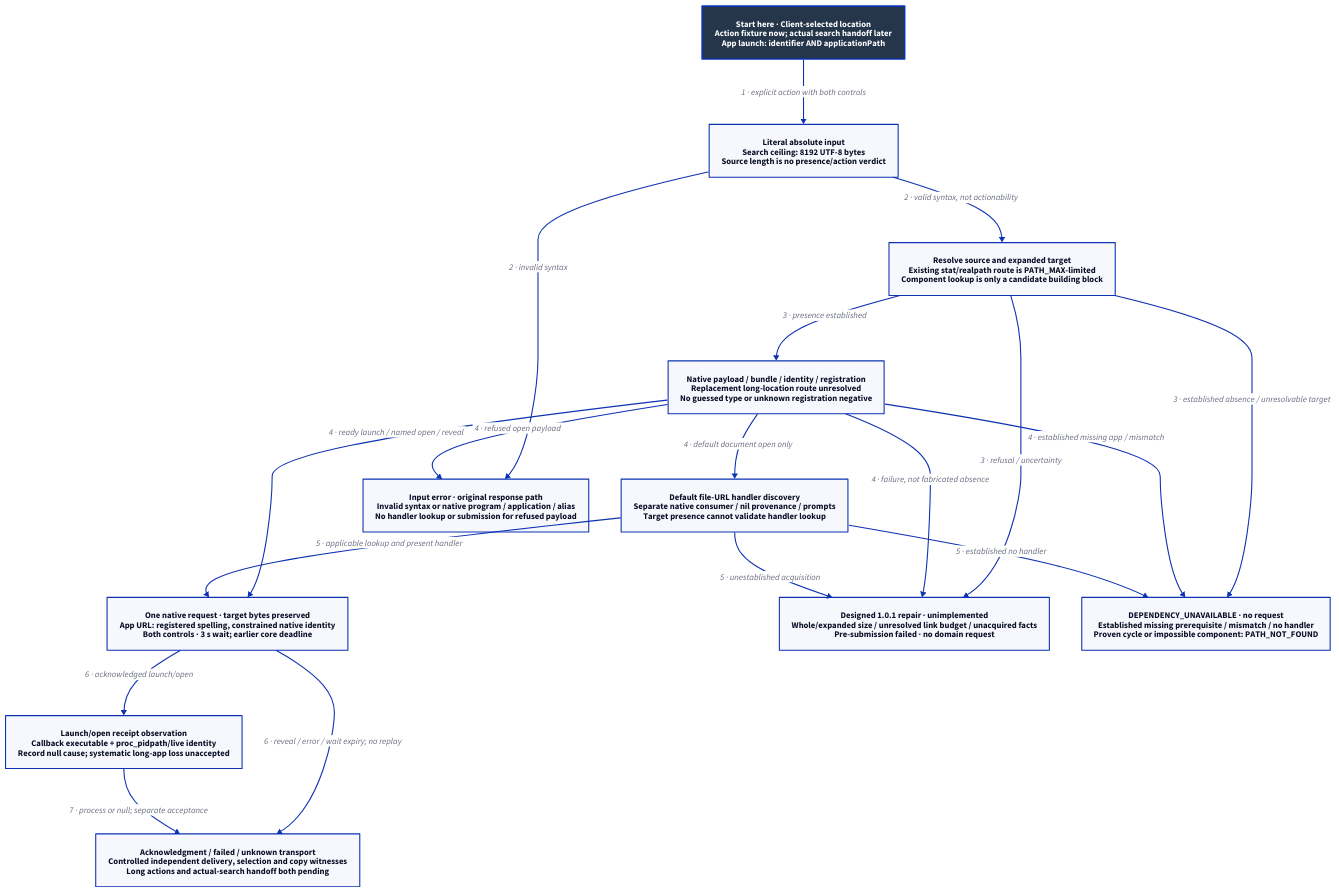
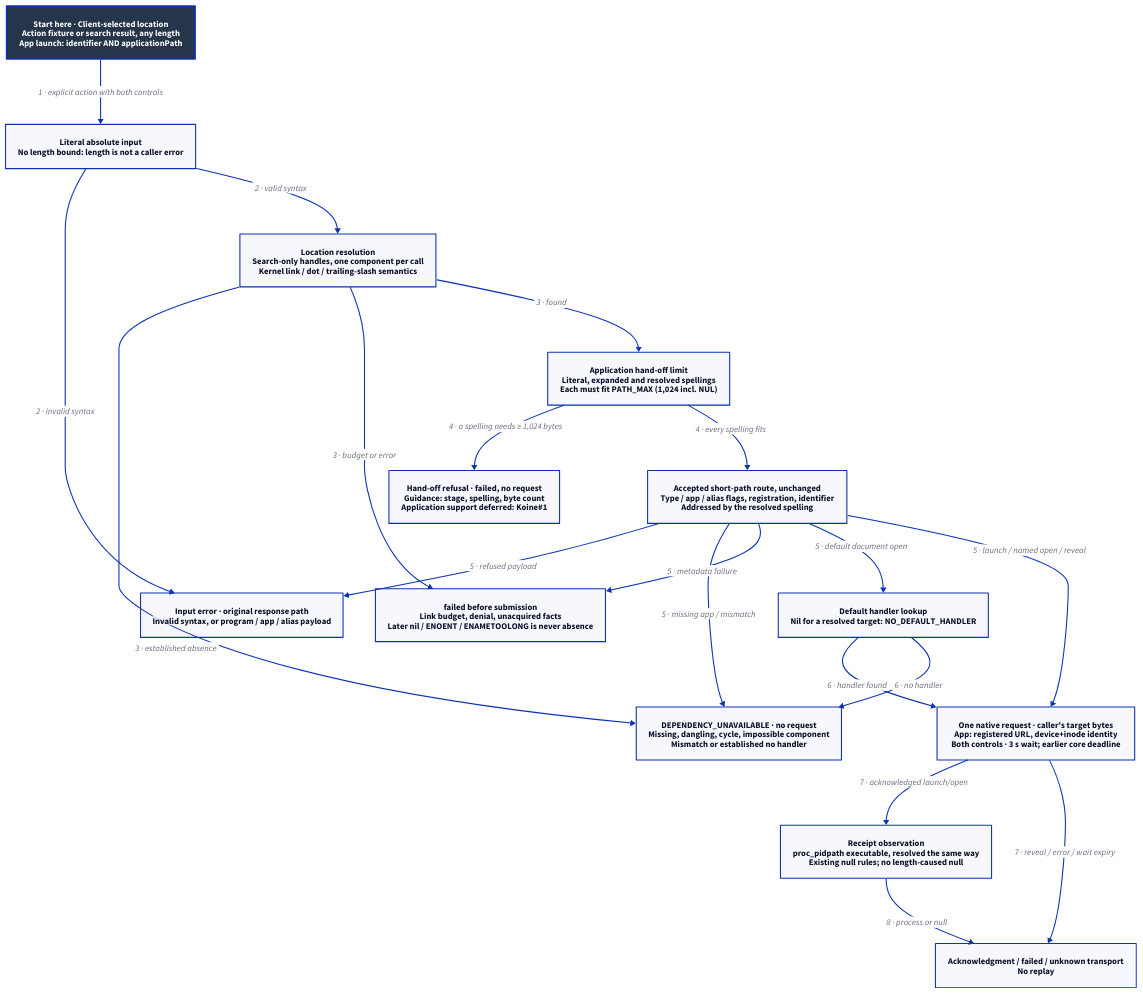
The diagram in docs/design/architecture/workspace-long-locations.d2 (Linkuistics/Koine), drawn with D2 before and after one commit. The commit also changed 30 other files, not shown here.

First line of the commit message:
Design v1 long-location actions: resolve truthfully, refuse at application hand-off (long-action-route-k165)

```diff
--- a/docs/design/architecture/workspace-long-locations.d2
+++ b/docs/design/architecture/workspace-long-locations.d2
@@ -1,33 +1,36 @@
-# Action prerequisite flow; no native reachability or runtime acceptance claim.
+# Proposed v1 long-location action flow; no native reachability or runtime acceptance claim.
 direction: down
 classes: {
   start: {style: {fill: "#25364B"; font-color: "#FFFFFF"; bold: true; stroke-width: 3}}
 }
-Selected: "Start here · Client-selected location\nAction fixture now; actual search handoff later\nApp launch: identifier AND applicationPath" {class: start}
-Input: "Literal absolute input\nSearch ceiling: 8192 UTF-8 bytes\nSource length is no presence/action verdict"
-Lookup: "Resolve source and expanded target\nExisting stat/realpath route is PATH_MAX-limited\nComponent lookup is only a candidate building block"
-Classify: "Native payload / bundle / identity / registration\nReplacement long-location route unresolved\nNo guessed type or unknown registration negative"
-Handler: "Default file-URL handler discovery\nSeparate native consumer / nil provenance / prompts\nTarget presence cannot validate handler lookup"
-Submit: "One native request · target bytes preserved\nApp URL: registered spelling, constrained native identity\nBoth controls · 3 s wait; earlier core deadline"
-Receipt: "Launch/open receipt observation\nCallback executable + proc_pidpath/live identity\nRecord null cause; systematic long-app loss unaccepted"
-Result: "Acknowledgment / failed / unknown transport\nControlled independent delivery, selection and copy witnesses\nLong actions and actual-search handoff both pending"
-Failure: "Designed 1.0.1 repair · unimplemented\nWhole/expanded size / unresolved link budget / unacquired facts\nPre-submission failed · no domain request"
-Dependency: "DEPENDENCY_UNAVAILABLE · no request\nEstablished missing prerequisite / mismatch / no handler\nProven cycle or impossible component: PATH_NOT_FOUND"
-Refused: "Input error · original response path\nInvalid syntax or native program / application / alias\nNo handler lookup or submission for refused payload"
+Selected: "Start here · Client-selected location\nAction fixture or search result, any length\nApp launch: identifier AND applicationPath" {class: start}
+Input: "Literal absolute input\nNo length bound: length is not a caller error"
+Resolve: "Location resolution\nSearch-only handles, one component per call\nKernel link / dot / trailing-slash semantics"
+Limit: "Application hand-off limit\nLiteral, expanded and resolved spellings\nEach must fit PATH_MAX (1,024 incl. NUL)"
+Classify: "Accepted short-path route, unchanged\nType / app / alias flags, registration, identifier\nAddressed by the resolved spelling"
+Handler: "Default handler lookup\nNil for a resolved target: NO_DEFAULT_HANDLER"
+Submit: "One native request · caller's target bytes\nApp: registered URL, device+inode identity\nBoth controls · 3 s wait; earlier core deadline"
+Receipt: "Receipt observation\nproc_pidpath executable, resolved the same way\nExisting null rules; no length-caused null"
+Result: "Acknowledgment / failed / unknown transport\nNo replay"
+Refusal: "Hand-off refusal · failed, no request\nGuidance: stage, spelling, byte count\nApplication support deferred: Koine#1"
+Failure: "failed before submission\nLink budget, denial, unacquired facts\nLater nil / ENOENT / ENAMETOOLONG is never absence"
+Dependency: "DEPENDENCY_UNAVAILABLE · no request\nMissing, dangling, cycle, impossible component\nMismatch or established no handler"
+Refused: "Input error · original response path\nInvalid syntax, or program / app / alias payload"
 Selected -> Input: "1 · explicit action with both controls"
-Input -> Lookup: "2 · valid syntax, not actionability"
 Input -> Refused: "2 · invalid syntax"
-Lookup -> Classify: "3 · presence established"
-Lookup -> Failure: "3 · refusal / uncertainty"
-Lookup -> Dependency: "3 · established absence / unresolvable target"
-Classify -> Failure: "4 · failure, not fabricated absence"
-Classify -> Dependency: "4 · established missing app / mismatch"
-Classify -> Refused: "4 · refused open payload"
-Classify -> Handler: "4 · default document open only"
-Classify -> Submit: "4 · ready launch / named open / reveal"
-Handler -> Submit: "5 · applicable lookup and present handler"
-Handler -> Dependency: "5 · established no handler"
-Handler -> Failure: "5 · unestablished acquisition"
-Submit -> Receipt: "6 · acknowledged launch/open"
-Submit -> Result: "6 · reveal / error / wait expiry; no replay"
-Receipt -> Result: "7 · process or null; separate acceptance"
+Input -> Resolve: "2 · valid syntax"
+Resolve -> Dependency: "3 · established absence"
+Resolve -> Failure: "3 · budget or error"
+Resolve -> Limit: "3 · found"
+Limit -> Refusal: "4 · a spelling needs ≥ 1,024 bytes"
+Limit -> Classify: "4 · every spelling fits"
+Classify -> Refused: "5 · refused payload"
+Classify -> Dependency: "5 · missing app / mismatch"
+Classify -> Failure: "5 · metadata failure"
+Classify -> Handler: "5 · default document open"
+Classify -> Submit: "5 · launch / named open / reveal"
+Handler -> Submit: "6 · handler found"
+Handler -> Dependency: "6 · no handler"
+Submit -> Receipt: "7 · acknowledged launch/open"
+Submit -> Result: "7 · reveal / error / wait expiry"
+Receipt -> Result: "8 · process or null"
```
